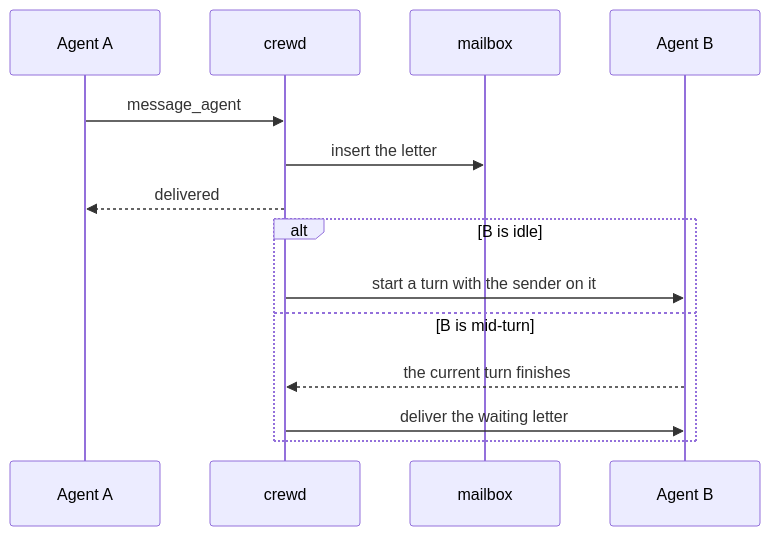
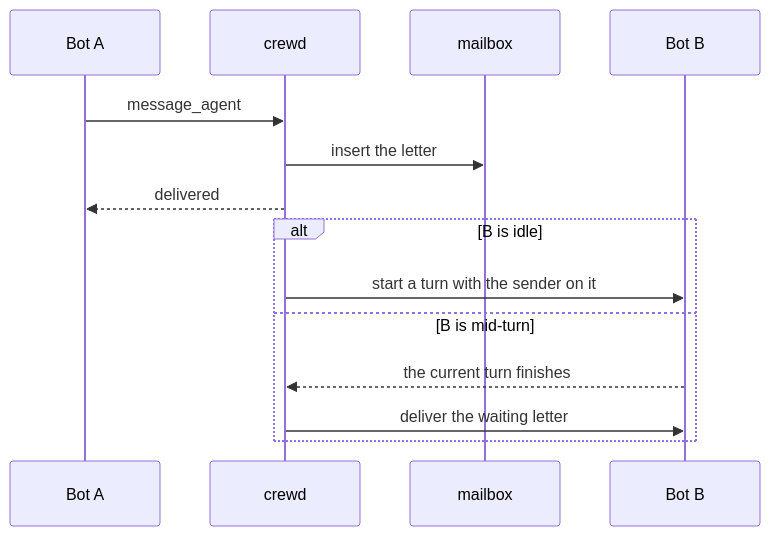
One commit to rogazth/crew changed the fourth of 4 diagrams in docs/ARCHITECTURE.md. Above: the diagram before and after it, drawn with Mermaid. The commit also changed other lines of this file and 134 other files, not shown here.

````diff
--- a/docs/ARCHITECTURE.md
+++ b/docs/ARCHITECTURE.md
@@ -108,17 +108,17 @@
 ```mermaid
 sequenceDiagram
-  participant A as Agent A
+  participant A as Bot A
   participant D as crewd
   participant M as mailbox
-  participant B as Agent B
+  participant B as Bot B
 
   A->>D: message_agent
   D->>M: insert the letter
   D-->>A: delivered
   alt B is idle
     D->>B: start a turn with the sender on it
   else B is mid-turn
     B-->>D: the current turn finishes
     D->>B: deliver the waiting letter
   end
 ```
````
